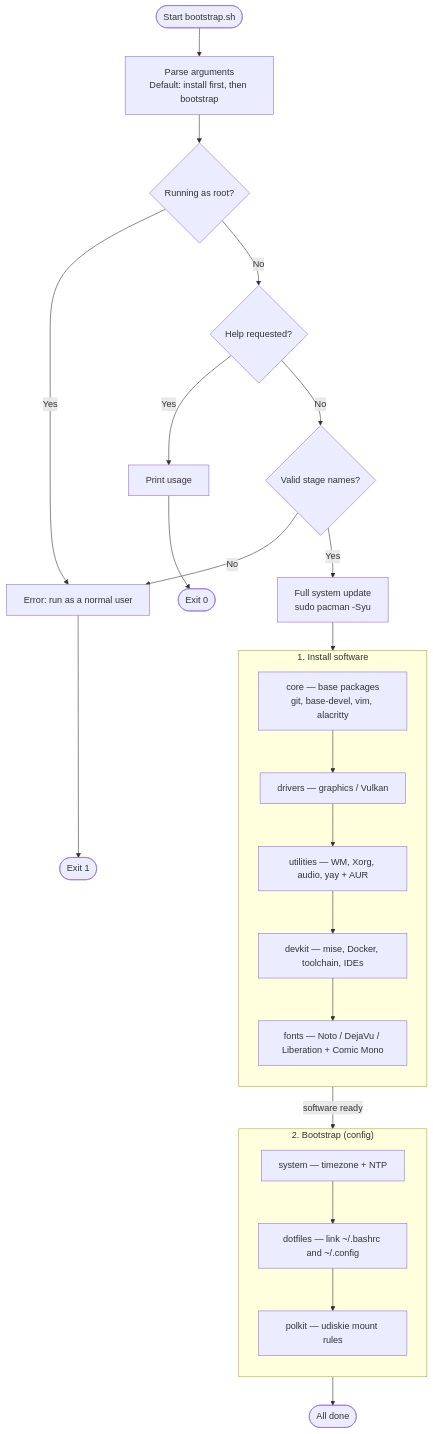
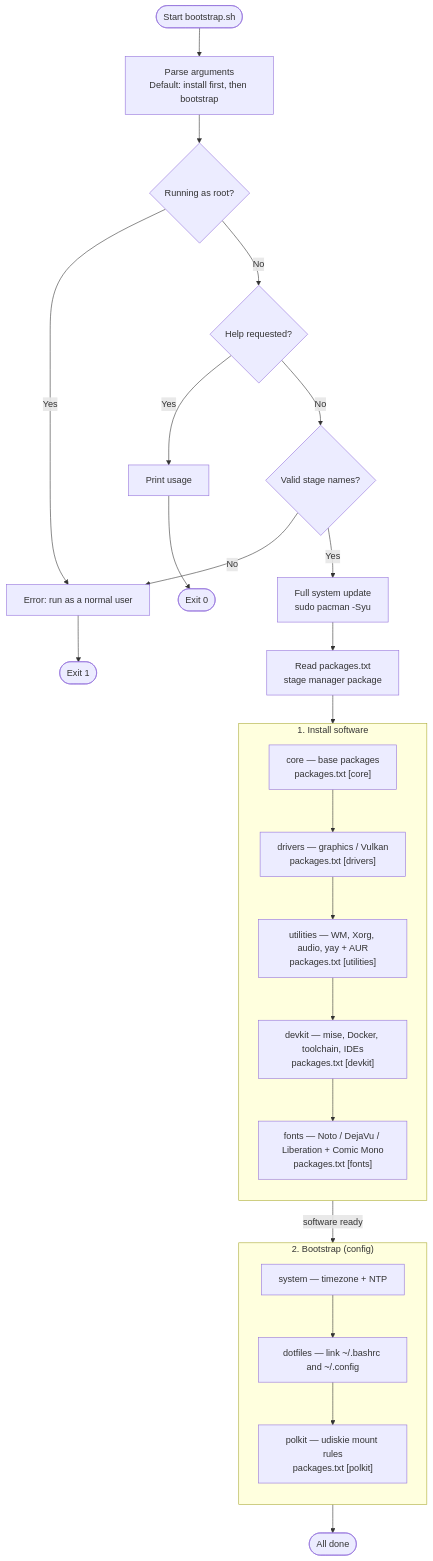
One commit to phsnia/dotfiles changed the diagram in linux/arch/ARCHITECTURE.md. Above: the diagram before and after it, drawn with Mermaid. The commit also changed 4 other files, not shown here.

````diff
--- a/linux/arch/ARCHITECTURE.md
+++ b/linux/arch/ARCHITECTURE.md
@@ -1,37 +1,38 @@
 ```mermaid
 flowchart TD
     START([Start bootstrap.sh]) --> ARGS["Parse arguments<br/>Default: install first, then bootstrap"]
     ARGS --> ROOT{Running as root?}
     ROOT -->|Yes| ERR["Error: run as a normal user"]
     ROOT -->|No| HELP{Help requested?}
     HELP -->|Yes| USAGE["Print usage"]
     USAGE --> EXIT0([Exit 0])
     HELP -->|No| VALID{Valid stage names?}
     VALID -->|No| ERR
     VALID -->|Yes| UPDATE["Full system update<br/>sudo pacman -Syu"]
 
-    UPDATE --> CORE
+    UPDATE --> PKG["Read packages.txt<br/>stage manager package"]
+    PKG --> CORE
 
     subgraph INSTALL["1. Install software"]
         direction TB
-        CORE["core — base packages<br/>git, base-devel, vim, alacritty"]
-        DRIVERS["drivers — graphics / Vulkan"]
-        UTILITIES["utilities — WM, Xorg, audio, yay + AUR"]
-        DEVKIT["devkit — mise, Docker, toolchain, IDEs"]
-        FONTS["fonts — Noto / DejaVu / Liberation + Comic Mono"]
+        CORE["core — base packages<br/>packages.txt [core]"]
+        DRIVERS["drivers — graphics / Vulkan<br/>packages.txt [drivers]"]
+        UTILITIES["utilities — WM, Xorg, audio, yay + AUR<br/>packages.txt [utilities]"]
+        DEVKIT["devkit — mise, Docker, toolchain, IDEs<br/>packages.txt [devkit]"]
+        FONTS["fonts — Noto / DejaVu / Liberation + Comic Mono<br/>packages.txt [fonts]"]
         CORE --> DRIVERS --> UTILITIES --> DEVKIT --> FONTS
     end
 
     FONTS -->|"software ready"| SYSTEM
 
     subgraph BOOTSTRAP["2. Bootstrap (config)"]
         direction TB
         SYSTEM["system — timezone + NTP"]
         DOTFILES["dotfiles — link ~/.bashrc and ~/.config"]
-        POLKIT["polkit — udiskie mount rules"]
+        POLKIT["polkit — udiskie mount rules<br/>packages.txt [polkit]"]
         SYSTEM --> DOTFILES --> POLKIT
     end
 
     POLKIT --> DONE([All done])
     ERR --> EXIT1([Exit 1])
 ```
````
